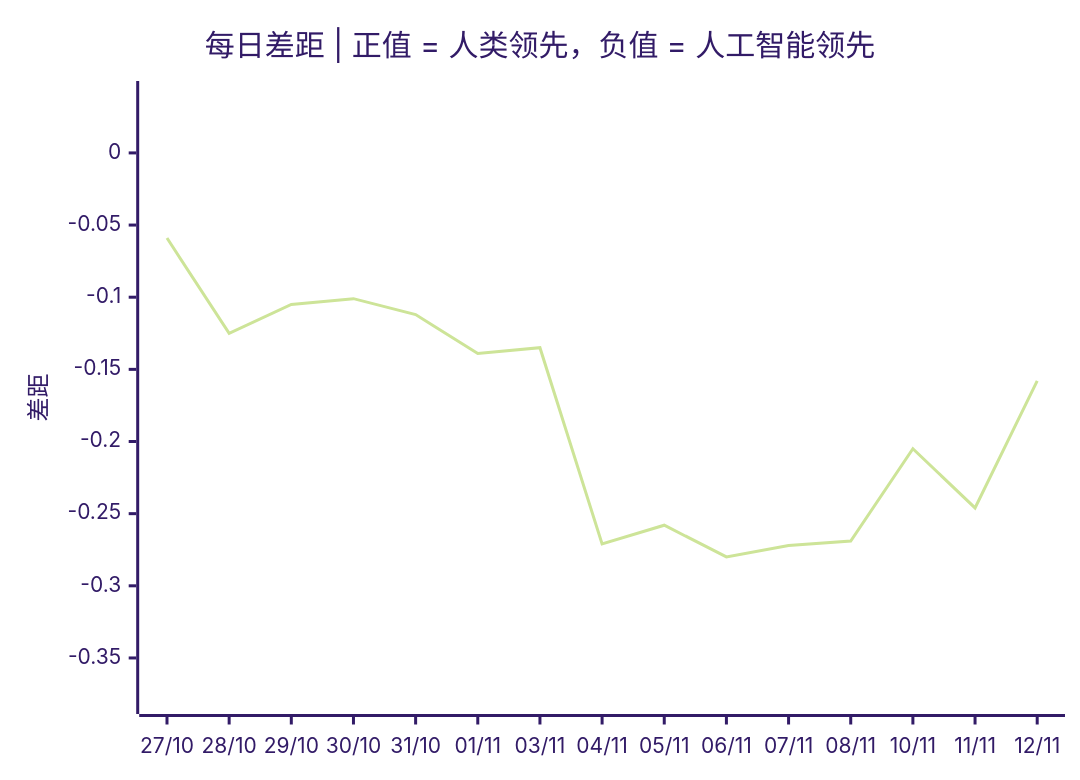
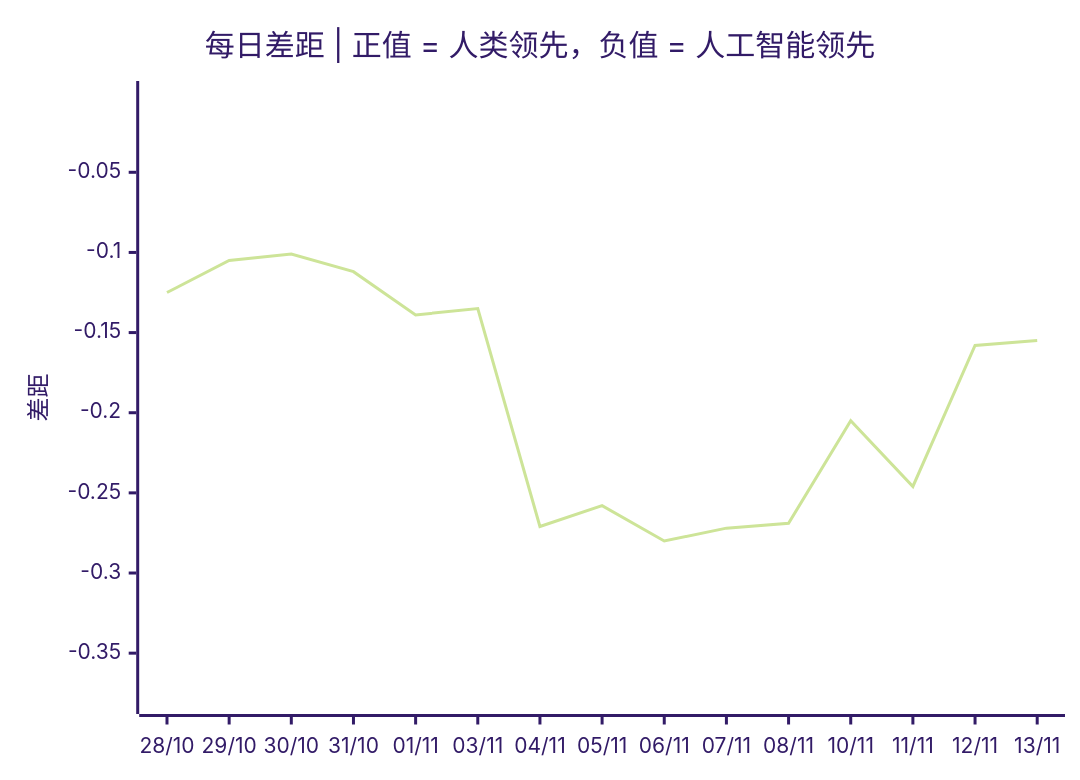
One commit to VQQLK/Human-AI-Monitor changed the third of 3 diagrams in README.zh.md. Above: the diagram before and after it, drawn with Mermaid (forest theme). The commit also changed other lines of this file and 3 other files, not shown here.

````diff
--- a/README.zh.md
+++ b/README.zh.md
@@ -56,7 +56,7 @@
 ```mermaid
 xychart-beta
     title "每日差距 | 正值 = 人类领先，负值 = 人工智能领先"
-    x-axis ["27/10", "28/10", "29/10", "30/10", "31/10", "01/11", "03/11", "04/11", "05/11", "06/11", "07/11", "08/11", "10/11", "11/11", "12/11"]
-    y-axis "差距" -0.380 --> 0.041
-    line [-0.059, -0.125, -0.105, -0.101, -0.112, -0.139, -0.135, -0.271, -0.258, -0.280, -0.272, -0.269, -0.205, -0.246, -0.158]
+    x-axis ["28/10", "29/10", "30/10", "31/10", "01/11", "03/11", "04/11", "05/11", "06/11", "07/11", "08/11", "10/11", "11/11", "12/11", "13/11"]
+    y-axis "差距" -0.380 --> -0.001
+    line [-0.125, -0.105, -0.101, -0.112, -0.139, -0.135, -0.271, -0.258, -0.280, -0.272, -0.269, -0.205, -0.246, -0.158, -0.155]
 ```
````
